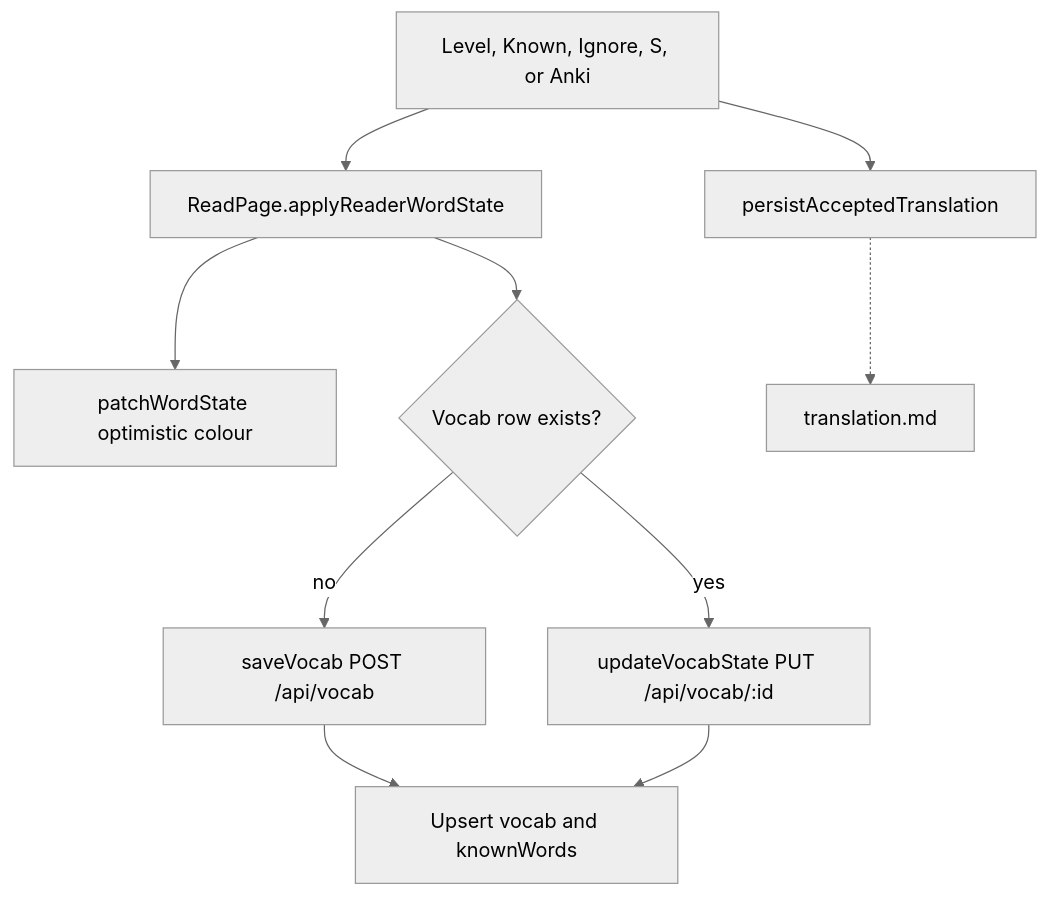
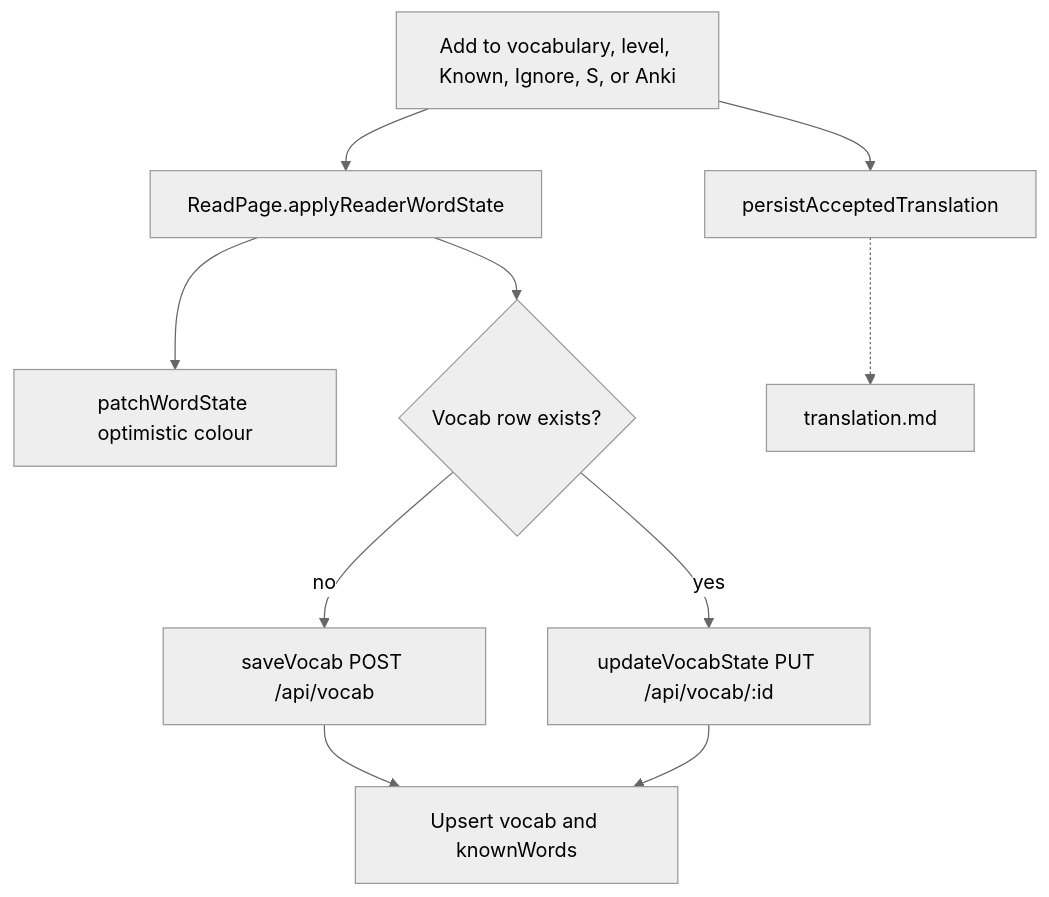
One commit to Huu-Xiang/lector changed the first of 2 diagrams in docs/flows/vocabulary.md. Above: the diagram before and after it, drawn with Mermaid (neutral theme). The commit also changed other lines of this file and 63 other files, not shown here.

````diff
--- a/docs/flows/vocabulary.md
+++ b/docs/flows/vocabulary.md
@@ -11,12 +13,12 @@
 ```mermaid
 flowchart TD
-  action[Level, Known, Ignore, S, or Anki] --> apply[ReadPage.applyReaderWordState]
+  action[Add to vocabulary, level, Known, Ignore, S, or Anki] --> apply[ReadPage.applyReaderWordState]
   apply --> patch[patchWordState optimistic colour]
   apply --> row{Vocab row exists?}
   row -->|no| save[saveVocab POST /api/vocab]
   row -->|yes| put[updateVocabState PUT /api/vocab/:id]
   save --> both[Upsert vocab and knownWords]
   put --> both
   action --> cache[persistAcceptedTranslation]
   cache -.-> translation.md
 ```
````
